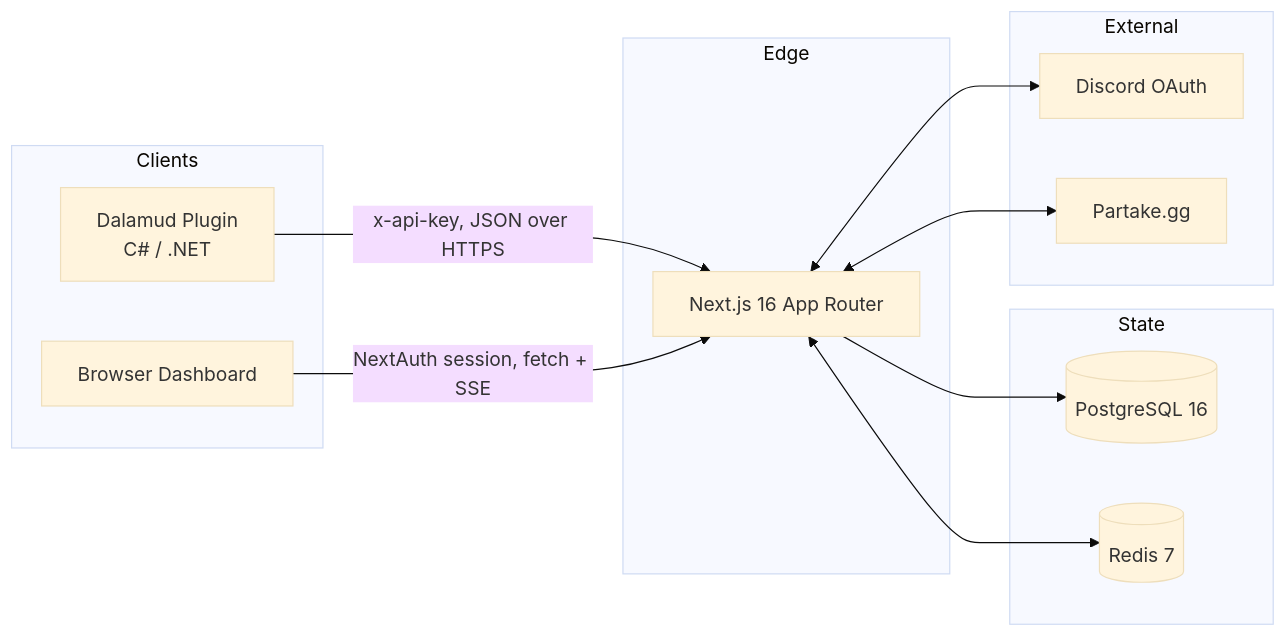
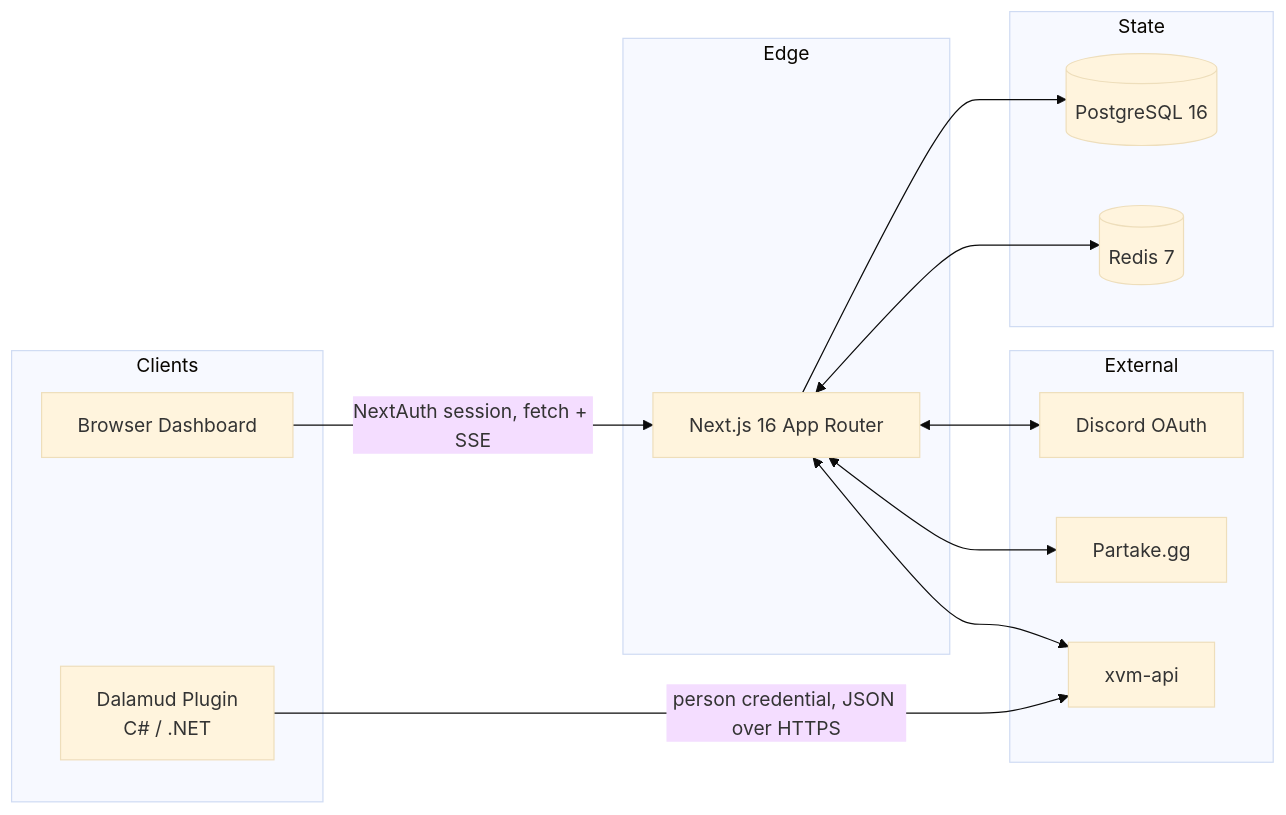
The diagram in apps/web/docs/engineering/architecture.md (xiv-venue-manager/xvm-dashboard), drawn with Mermaid (base theme) before and after one commit. The commit also changed other lines of this file and 3 other files, not shown here.

First line of the commit message:
docs: drop the plugin API claims the removal left behind

````diff
--- a/apps/web/docs/engineering/architecture.md
+++ b/apps/web/docs/engineering/architecture.md
@@ -9,28 +9,30 @@
 ```mermaid
 flowchart LR
   subgraph Clients
     Plugin[Dalamud Plugin<br/>C# / .NET]
     Browser[Browser Dashboard]
   end
 
   subgraph Edge
     Next[Next.js 16 App Router]
   end
 
   subgraph State
     PG[(PostgreSQL 16)]
     Redis[(Redis 7)]
   end
 
   subgraph External
     Discord[Discord OAuth]
     Partake[Partake.gg]
+    XvmApi[xvm-api]
   end
 
-  Plugin -->|"x-api-key, JSON over HTTPS"| Next
+  Plugin -->|"person credential, JSON over HTTPS"| XvmApi
   Browser -->|"NextAuth session, fetch + SSE"| Next
   Next --> PG
   Next <--> Redis
   Next <--> Discord
   Next <--> Partake
+  Next <--> XvmApi
 ```
````
